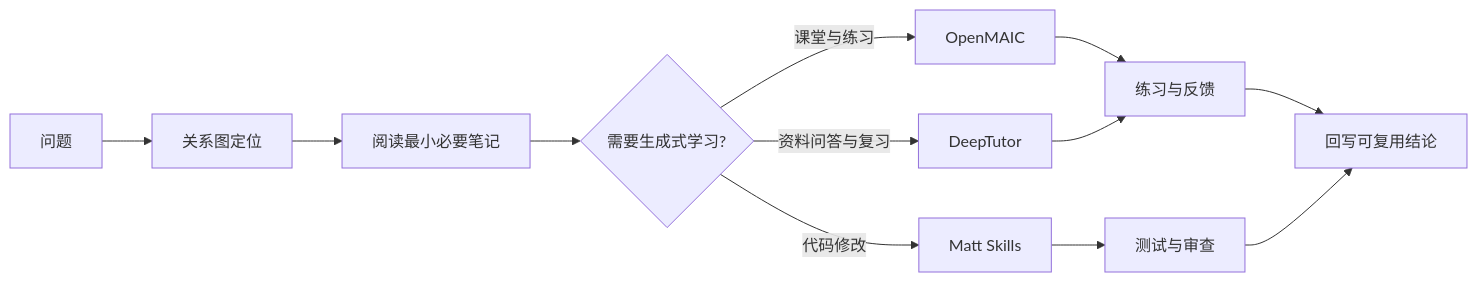
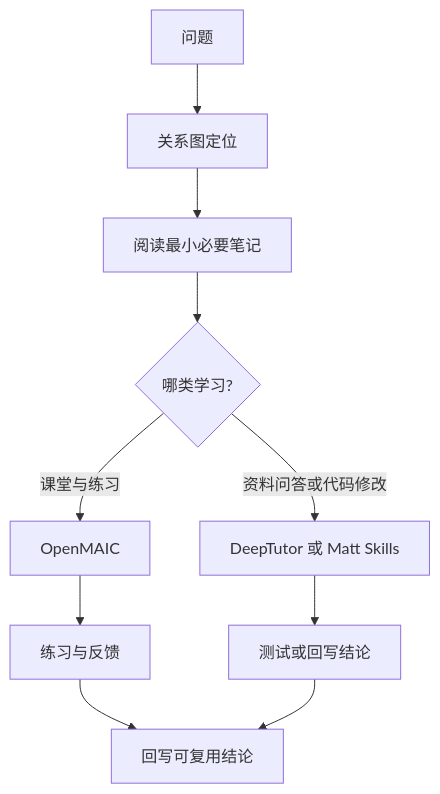
The diagram in vault/知识库管理/归档/学习工具使用与调用成本.md (hub138/technical-knowledge), drawn with Mermaid before and after one commit. The commit also changed other lines of this file and 622 other files, not shown here.

````diff
--- a/vault/知识库管理/归档/学习工具使用与调用成本.md
+++ b/vault/知识库管理/归档/学习工具使用与调用成本.md
@@ -106,14 +106,12 @@
 ```mermaid
-flowchart LR
+flowchart TD
     A[问题] --> B[关系图定位]
     B --> C[阅读最小必要笔记]
-    C --> D{需要生成式学习?}
+    C --> D{哪类学习?}
     D -->|课堂与练习| E[OpenMAIC]
-    D -->|资料问答与复习| F[DeepTutor]
-    D -->|代码修改| G[Matt Skills]
+    D -->|资料问答或代码修改| F[DeepTutor 或 Matt Skills]
     E --> H[练习与反馈]
-    F --> H
-    G --> I[测试与审查]
+    F --> I[测试或回写结论]
     H --> J[回写可复用结论]
     I --> J
 ```
````
